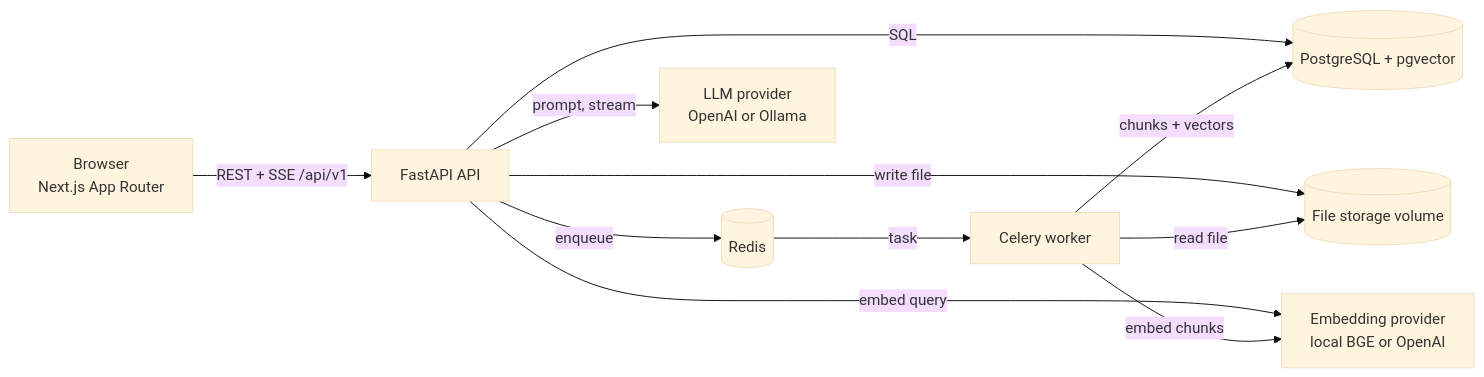
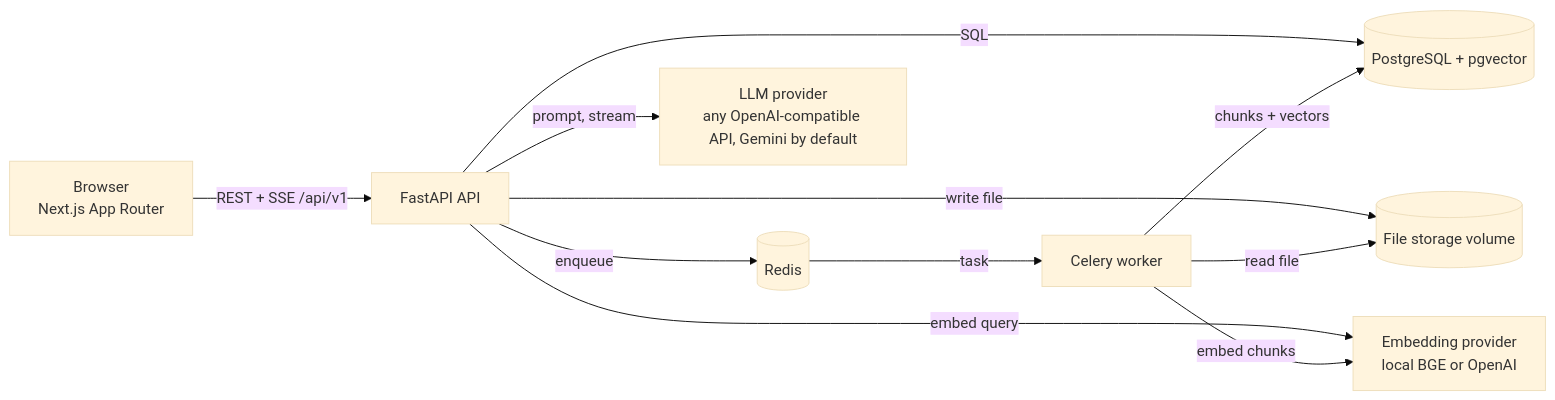
One commit to datacanvas7/Personal-RAG-Assistant changed the first of 4 diagrams in docs/architecture.md. Above: the diagram before and after it, drawn with Mermaid (base theme). The commit also changed other lines of this file and 25 other files, not shown here.

````diff
--- a/docs/architecture.md
+++ b/docs/architecture.md
@@ -93,13 +93,13 @@
 ```mermaid
 flowchart LR
     B[Browser<br/>Next.js App Router] -- REST + SSE /api/v1 --> API[FastAPI API]
     API -- SQL --> PG[(PostgreSQL + pgvector)]
     API -- enqueue --> R[(Redis)]
     API -- write file --> FS[(File storage volume)]
     R -- task --> W[Celery worker]
     W -- read file --> FS
     W -- chunks + vectors --> PG
     API -- embed query --> EMB[Embedding provider<br/>local BGE or OpenAI]
     W -- embed chunks --> EMB
-    API -- prompt, stream --> LLM[LLM provider<br/>OpenAI or Ollama]
+    API -- prompt, stream --> LLM[LLM provider<br/>any OpenAI-compatible API, Gemini by default]
 ```
````
